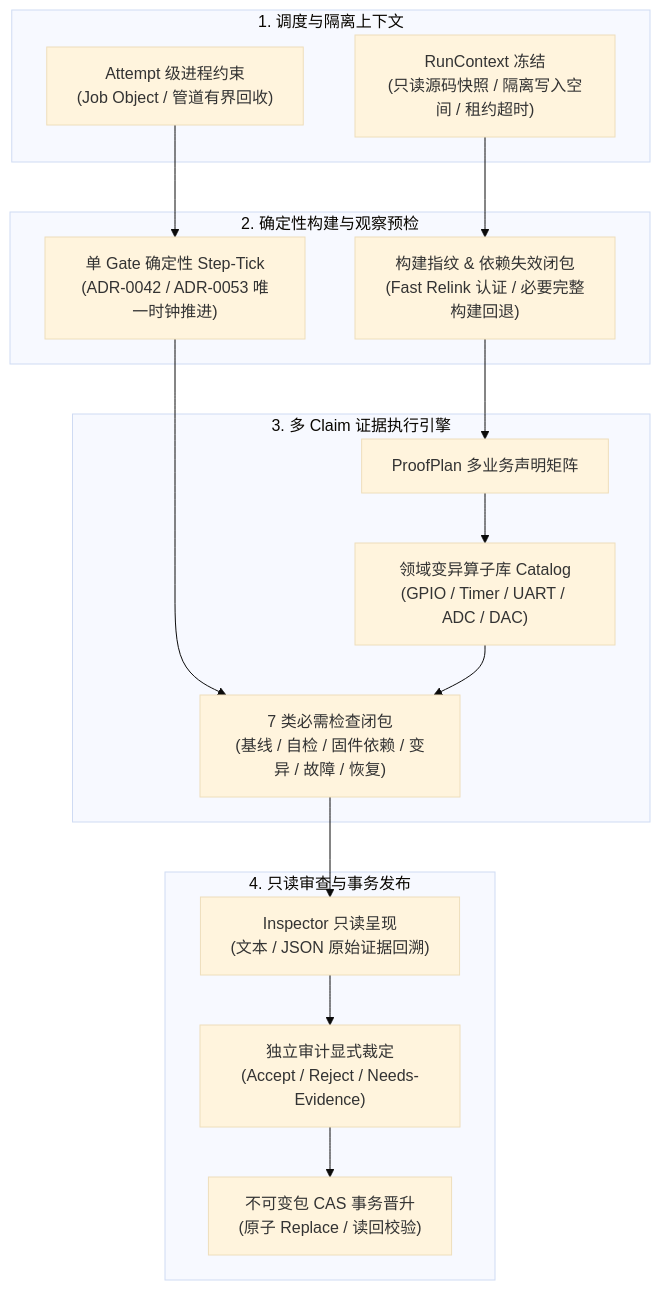
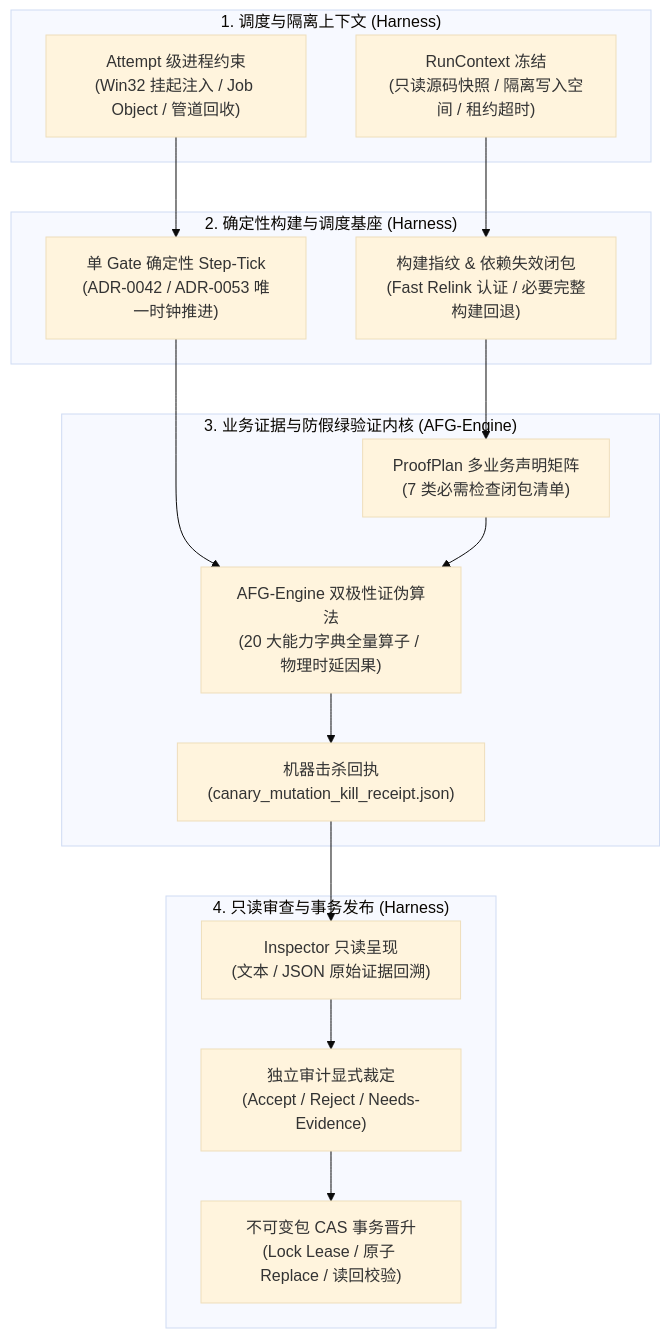
The diagram in docs/zh/tech-designs/esp32/esp-idf-loop-reliability-contract.md (wink-cloud-hub/wink-ai-embedded), drawn with Mermaid (base theme) before and after one commit. The commit also changed other lines of this file and 1 other file, not shown here.

First line of the commit message:
docs(design): establish AFG-Engine contract and decouple loop reliability harness

````diff
--- a/docs/zh/tech-designs/esp32/esp-idf-loop-reliability-contract.md
+++ b/docs/zh/tech-designs/esp32/esp-idf-loop-reliability-contract.md
@@ -19,34 +21,34 @@
 ```mermaid
 flowchart TD
-    subgraph S1["1. 调度与隔离上下文"]
+    subgraph S1["1. 调度与隔离上下文 (Harness)"]
         RC["RunContext 冻结<br/>(只读源码快照 / 隔离写入空间 / 租约超时)"]
-        PS["Attempt 级进程约束<br/>(Job Object / 管道有界回收)"]
+        PS["Attempt 级进程约束<br/>(Win32 挂起注入 / Job Object / 管道回收)"]
     end
 
-    subgraph S2["2. 确定性构建与观察预检"]
+    subgraph S2["2. 确定性构建与调度基座 (Harness)"]
         BM["构建指纹 & 依赖失效闭包<br/>(Fast Relink 认证 / 必要完整构建回退)"]
         ST["单 Gate 确定性 Step-Tick<br/>(ADR-0042 / ADR-0053 唯一时钟推进)"]
     end
 
-    subgraph S3["3. 多 Claim 证据执行引擎"]
-        PP["ProofPlan 多业务声明矩阵"]
-        MC["领域变异算子库 Catalog<br/>(GPIO / Timer / UART / ADC / DAC)"]
-        CL["7 类必需检查闭包<br/>(基线 / 自检 / 固件依赖 / 变异 / 故障 / 恢复)"]
+    subgraph S3["3. 业务证据与防假绿验证内核 (AFG-Engine)"]
+        PP["ProofPlan 多业务声明矩阵<br/>(7 类必需检查闭包清单)"]
+        AFG["AFG-Engine 双极性证伪算法<br/>(20 大能力字典全量算子 / 物理时延因果)"]
+        REC["机器击杀回执<br/>(canary_mutation_kill_receipt.json)"]
     end
 
-    subgraph S4["4. 只读审查与事务发布"]
+    subgraph S4["4. 只读审查与事务发布 (Harness)"]
         INS["Inspector 只读呈现<br/>(文本 / JSON 原始证据回溯)"]
         AUD["独立审计显式裁定<br/>(Accept / Reject / Needs-Evidence)"]
-        CAS["不可变包 CAS 事务晋升<br/>(原子 Replace / 读回校验)"]
+        CAS["不可变包 CAS 事务晋升<br/>(Lock Lease / 原子 Replace / 读回校验)"]
     end
 
     RC --> BM
     PS --> ST
     BM --> PP
-    ST --> CL
-    PP --> MC
-    MC --> CL
-    CL --> INS
+    ST --> AFG
+    PP --> AFG
+    AFG --> REC
+    REC --> INS
     INS --> AUD
     AUD --> CAS
 ```
````
